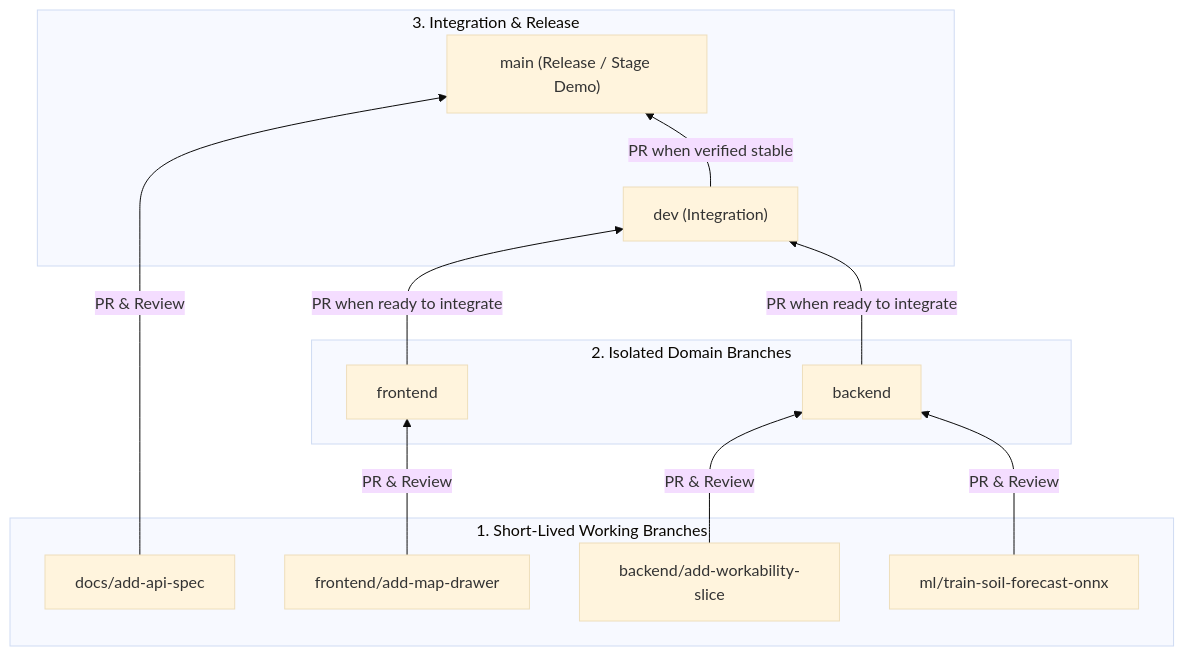
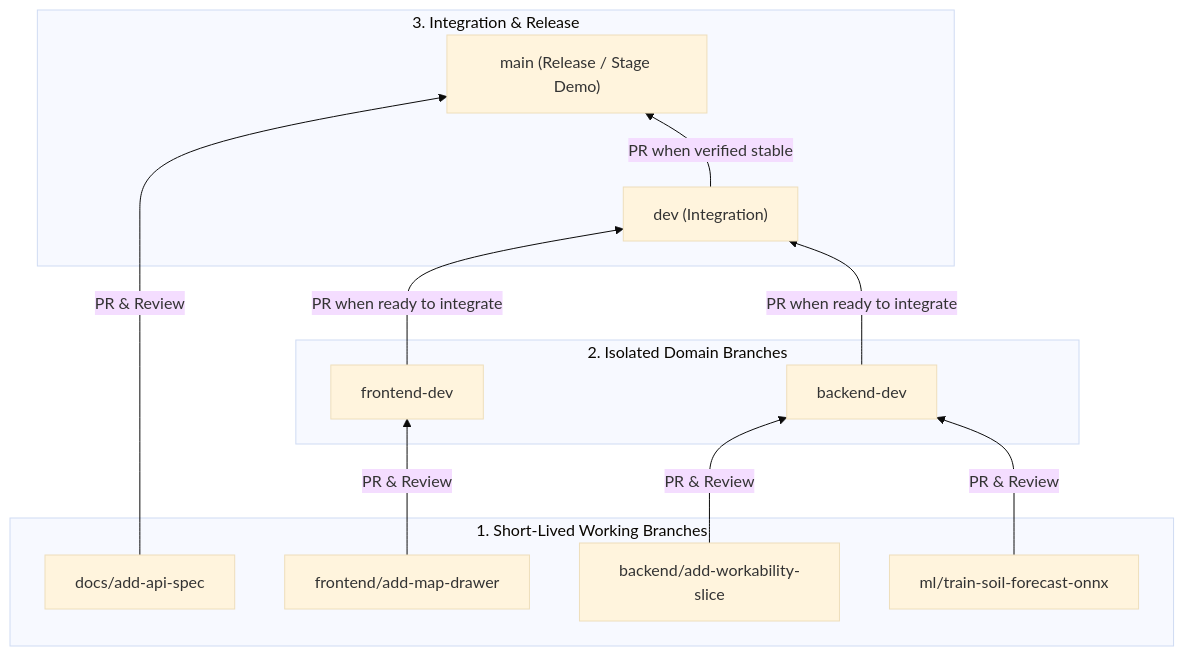
The diagram in docs/git-workflow.md (Nikolas321654/FarmFlow_Nasa), drawn with Mermaid (base theme) before and after one commit. The commit also changed other lines of this file, not shown here.

````diff
--- a/docs/git-workflow.md
+++ b/docs/git-workflow.md
@@ -22,28 +22,28 @@
 ```mermaid
 flowchart BT
     subgraph Feature_Branches ["1. Short-Lived Working Branches"]
         F_FE["frontend/add-map-drawer"]
         F_BE["backend/add-workability-slice"]
         F_ML["ml/train-soil-forecast-onnx"]
         F_DOC["docs/add-api-spec"]
     end
 
     subgraph Team_Branches ["2. Isolated Domain Branches"]
-        FE["frontend"]
-        BE["backend"]
+        FE["frontend-dev"]
+        BE["backend-dev"]
     end
 
     subgraph Integration_Release ["3. Integration & Release"]
         DEV["dev (Integration)"]
         MAIN["main (Release / Stage Demo)"]
     end
 
     F_FE -->|PR & Review| FE
     F_BE -->|PR & Review| BE
     F_ML -->|PR & Review| BE
     F_DOC -->|PR & Review| MAIN
 
     FE -->|PR when ready to integrate| DEV
     BE -->|PR when ready to integrate| DEV
     DEV -->|PR when verified stable| MAIN
 ```
````
